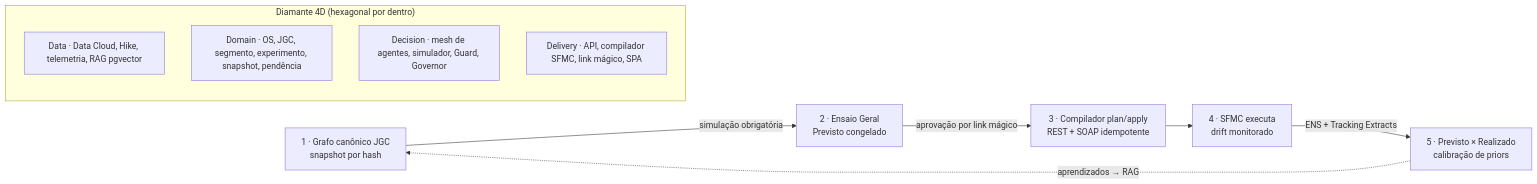
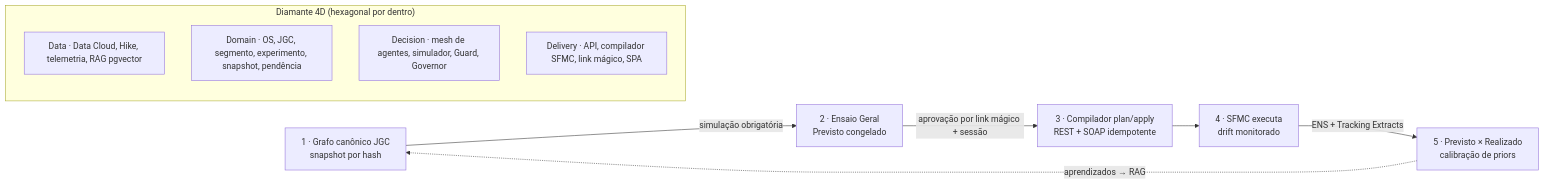
Before and after one commit to sergiogaiotto/jornada: the second of 2 diagrams in README.md, drawn with Mermaid. The commit also changed other lines of this file and 1 other file, not shown here.

````diff
--- a/README.md
+++ b/README.md
@@ -39,14 +107,14 @@
 ```mermaid
 flowchart LR
   subgraph Camadas["Diamante 4D (hexagonal por dentro)"]
     DATA["Data · Data Cloud, Hike, telemetria, RAG pgvector"]
     DOM["Domain · OS, JGC, segmento, experimento, snapshot, pendência"]
     DEC["Decision · mesh de agentes, simulador, Guard, Governor"]
     DEL["Delivery · API, compilador SFMC, link mágico, SPA"]
   end
   JGC["1 · Grafo canônico JGC<br/>snapshot por hash"] -->|simulação obrigatória| SIM["2 · Ensaio Geral<br/>Previsto congelado"]
-  SIM -->|aprovação por link mágico| COMP["3 · Compilador plan/apply<br/>REST + SOAP idempotente"]
+  SIM -->|aprovação por link mágico + sessão| COMP["3 · Compilador plan/apply<br/>REST + SOAP idempotente"]
   COMP --> SFMC["4 · SFMC executa<br/>drift monitorado"]
   SFMC -->|ENS + Tracking Extracts| LOOP["5 · Previsto × Realizado<br/>calibração de priors"]
   LOOP -.->|aprendizados → RAG| JGC
 ```
````
